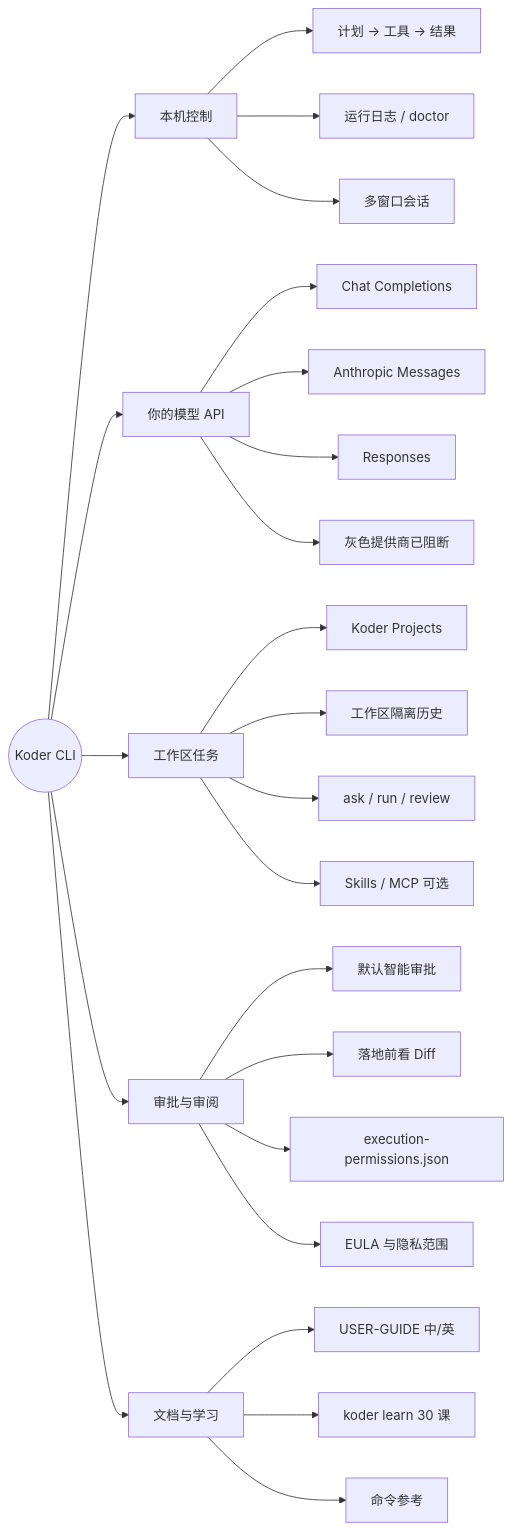
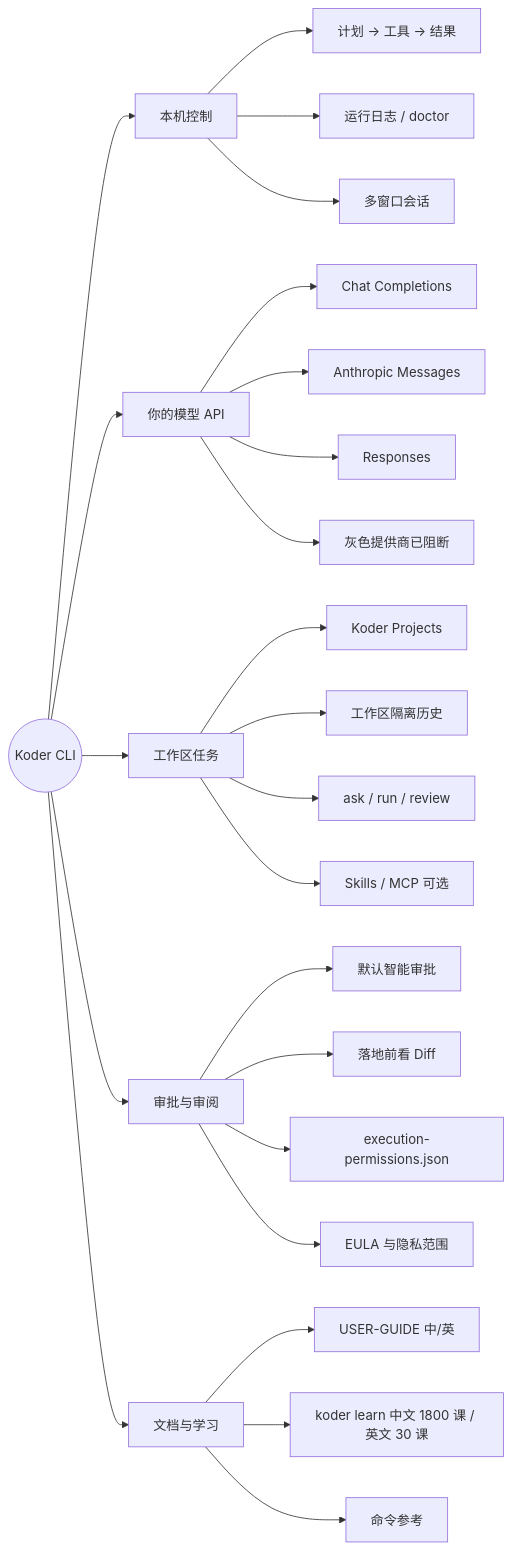
The second of 3 diagrams in README.zh-CN.md (KarmenLoop/koder-cli), drawn with Mermaid before and after one commit. The commit also changed other lines of this file and 62 other files, not shown here.

````diff
--- a/README.zh-CN.md
+++ b/README.zh-CN.md
@@ -111,32 +111,32 @@
 ```mermaid
 flowchart LR
   root((Koder CLI))
   root --> local[本机控制]
   root --> model[你的模型 API]
   root --> work[工作区任务]
   root --> safety[审批与审阅]
   root --> docs[文档与学习]
 
   local --> L1[计划 → 工具 → 结果]
   local --> L2[运行日志 / doctor]
   local --> L3[多窗口会话]
 
   model --> M1[Chat Completions]
   model --> M2[Anthropic Messages]
   model --> M3[Responses]
   model --> M4[灰色提供商已阻断]
 
   work --> W1[Koder Projects]
   work --> W2[工作区隔离历史]
   work --> W3[ask / run / review]
   work --> W4[Skills / MCP 可选]
 
   safety --> S1[默认智能审批]
   safety --> S2[落地前看 Diff]
   safety --> S3[execution-permissions.json]
   safety --> S4[EULA 与隐私范围]
 
   docs --> D1[USER-GUIDE 中/英]
-  docs --> D2[koder learn 30 课]
+  docs --> D2[koder learn 中文 1800 课 / 英文 30 课]
   docs --> D3[命令参考]
 ```
````
